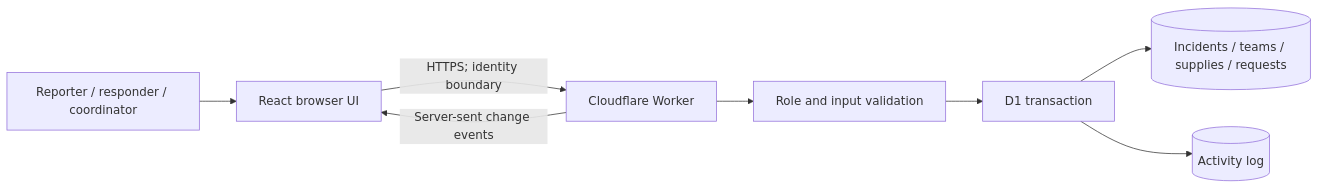
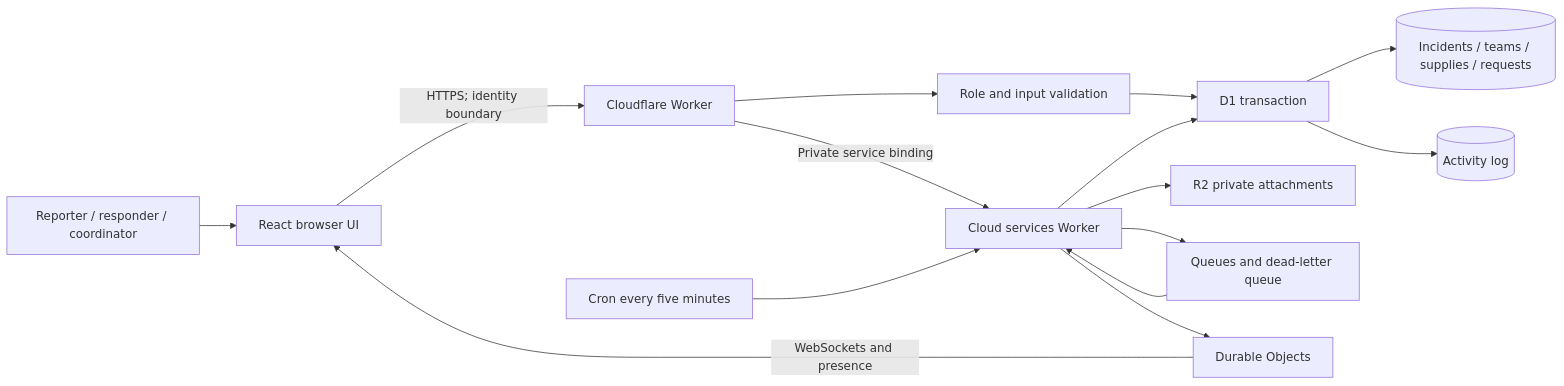
Before and after one commit to SuyashAlphaC/relief-coordinator: the diagram in README.md, drawn with Mermaid. The commit also changed other lines of this file and 51 other files, not shown here.

````diff
--- a/README.md
+++ b/README.md
@@ -51,10 +59,17 @@
 ```mermaid
 flowchart LR
   A[Reporter / responder / coordinator] --> B[React browser UI]
   B -->|HTTPS; identity boundary| C[Cloudflare Worker]
   C --> D[Role and input validation]
   D --> E[D1 transaction]
   E --> F[(Incidents / teams / supplies / requests)]
   E --> G[(Activity log)]
-  C -->|Server-sent change events| B
+  C -->|Private service binding| H[Cloud services Worker]
+  H --> I[R2 private attachments]
+  H --> J[Queues and dead-letter queue]
+  J --> H
+  K[Cron every five minutes] --> H
+  H --> E
+  H --> L[Durable Objects]
+  L -->|WebSockets and presence| B
 ```
````
